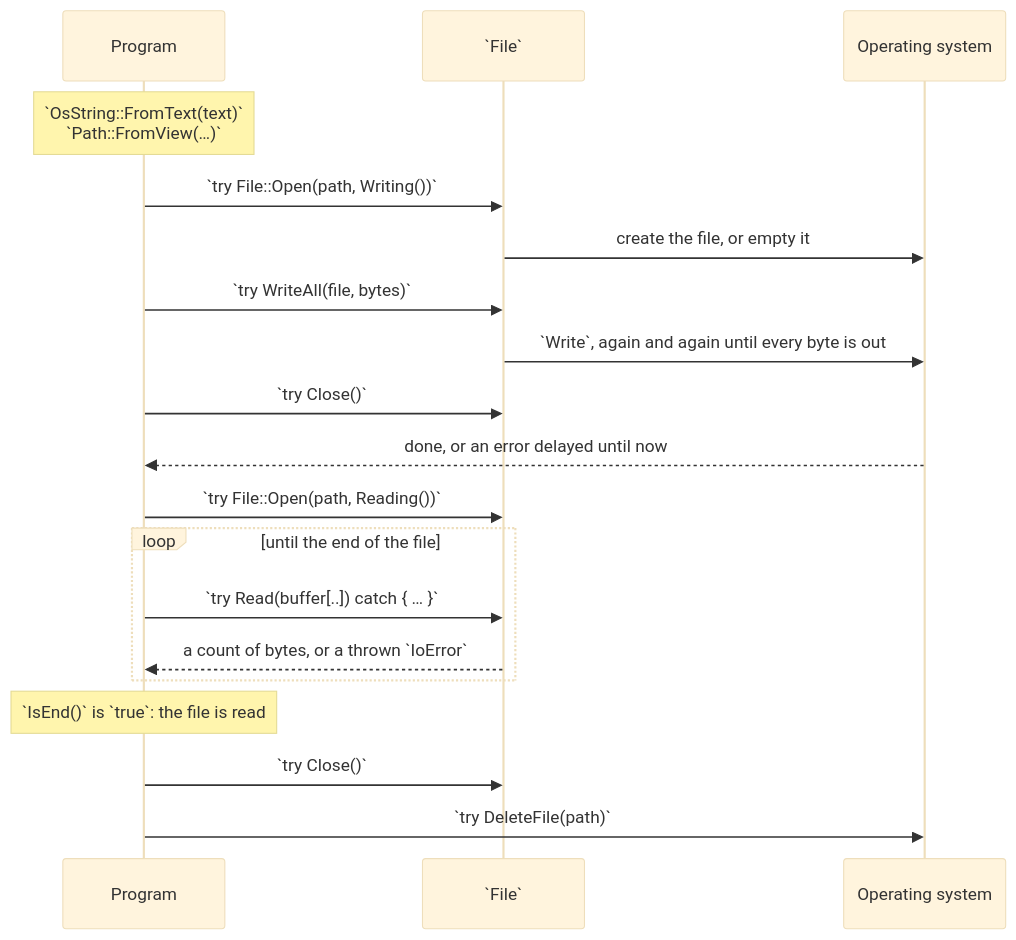
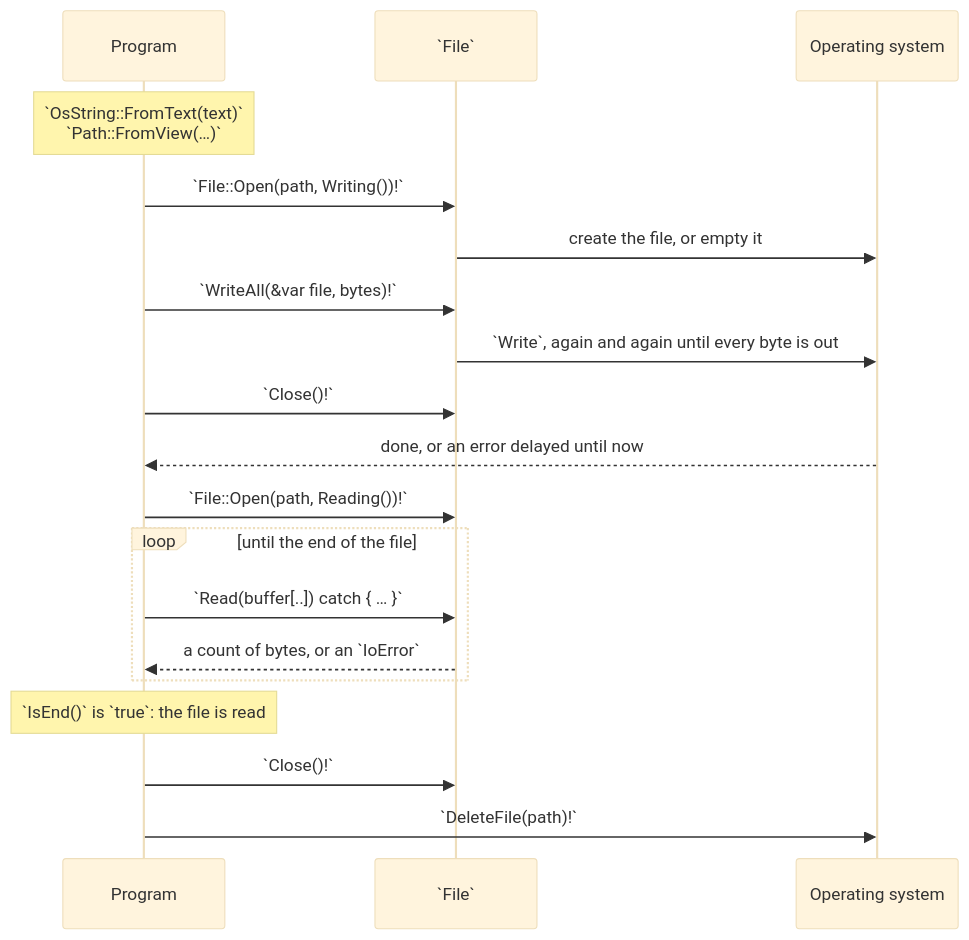
The diagram in content/docs/1.learn/19.files/00.index.md (rux-lang/Web), drawn with Mermaid (base theme) before and after one commit. The commit also changed other lines of this file and 31 other files, not shown here.

````diff
--- a/content/docs/1.learn/19.files/00.index.md
+++ b/content/docs/1.learn/19.files/00.index.md
@@ -27,21 +27,21 @@
 ```mermaid
 sequenceDiagram
     participant P as Program
     participant F as `File`
     participant OS as Operating system
     Note over P: `OsString::FromText(text)`<br/>`Path::FromView(…)`
-    P->>F: `try File::Open(path, Writing())`
+    P->>F: `File::Open(path, Writing())!`
     F->>OS: create the file, or empty it
-    P->>F: `try WriteAll(file, bytes)`
+    P->>F: `WriteAll(&var file, bytes)!`
     F->>OS: `Write`, again and again until every byte is out
-    P->>F: `try Close()`
+    P->>F: `Close()!`
     OS-->>P: done, or an error delayed until now
-    P->>F: `try File::Open(path, Reading())`
+    P->>F: `File::Open(path, Reading())!`
     loop until the end of the file
-        P->>F: `try Read(buffer[..]) catch { … }`
-        F-->>P: a count of bytes, or a thrown `IoError`
+        P->>F: `Read(buffer[..]) catch { … }`
+        F-->>P: a count of bytes, or an `IoError`
     end
     Note over P: `IsEnd()` is `true`: the file is read
-    P->>F: `try Close()`
-    P->>OS: `try DeleteFile(path)`
+    P->>F: `Close()!`
+    P->>OS: `DeleteFile(path)!`
 ```
````
